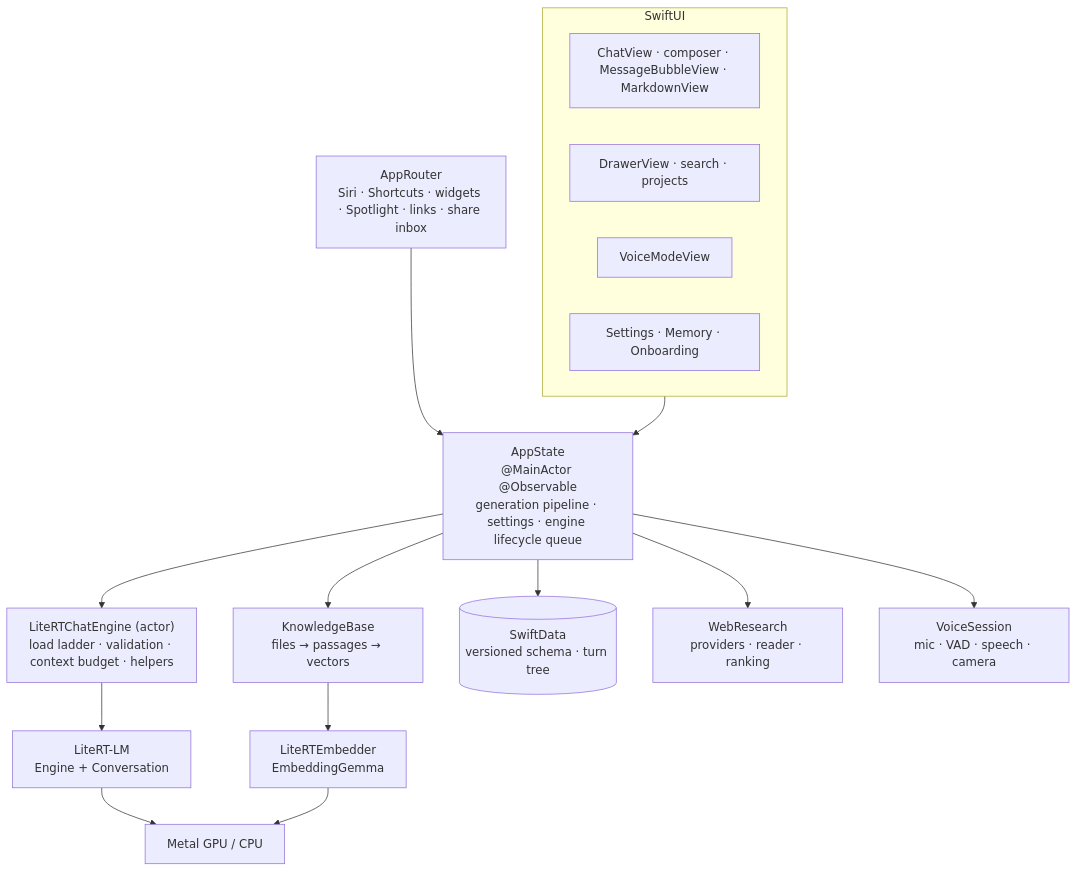
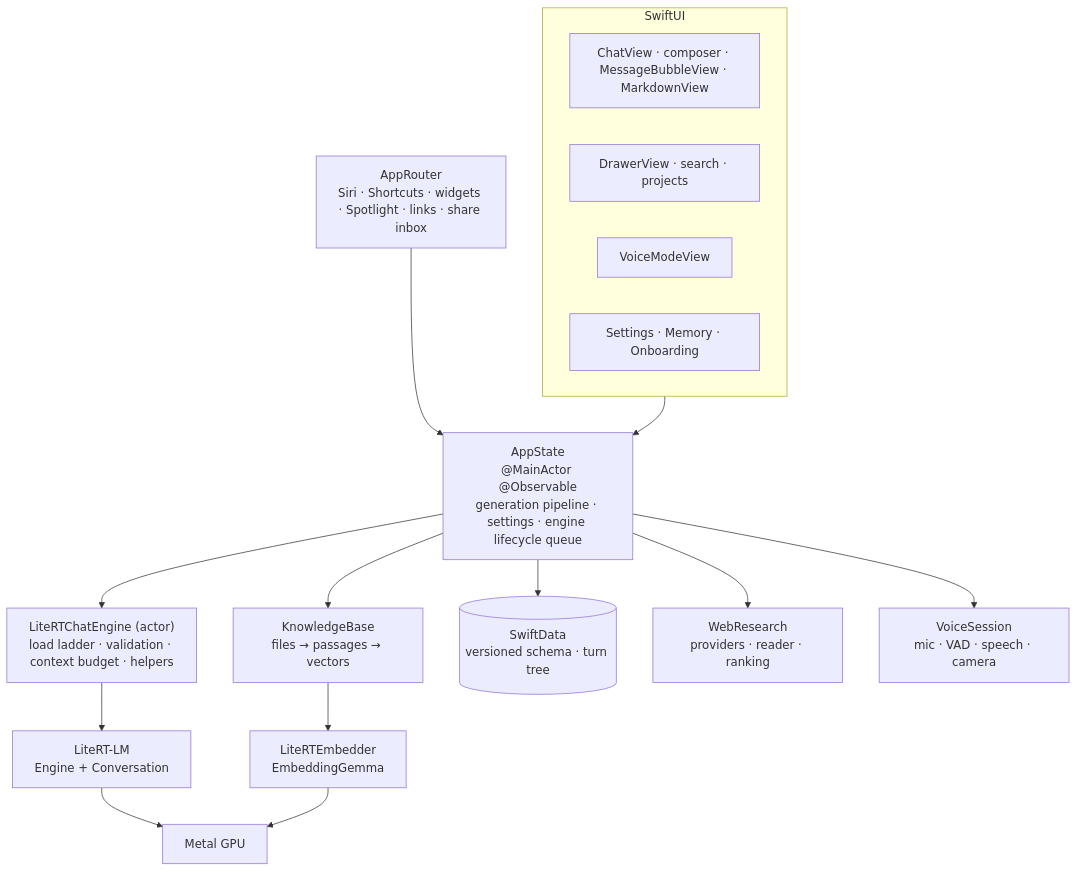
Before and after one commit to PowerBeef/Agello: the diagram in docs/ARCHITECTURE.md, drawn with Mermaid. The commit also changed other lines of this file and 45 other files, not shown here.

````diff
--- a/docs/ARCHITECTURE.md
+++ b/docs/ARCHITECTURE.md
@@ -5,25 +5,25 @@
 ```mermaid
 flowchart TB
   subgraph UI["SwiftUI"]
     Chat["ChatView · composer · MessageBubbleView · MarkdownView"]
     Drawer["DrawerView · search · projects"]
     Voice["VoiceModeView"]
     Settings["Settings · Memory · Onboarding"]
   end
 
   UI --> AppState
 
   AppState["AppState<br/>@MainActor @Observable<br/>generation pipeline · settings · engine lifecycle queue"]
 
   AppState --> Engine["LiteRTChatEngine (actor)<br/>load ladder · validation · context budget · helpers"]
   AppState --> Knowledge["KnowledgeBase<br/>files → passages → vectors"]
   AppState --> Store[("SwiftData<br/>versioned schema · turn tree")]
   AppState --> Web["WebResearch<br/>providers · reader · ranking"]
   AppState --> VoiceSession["VoiceSession<br/>mic · VAD · speech · camera"]
   Router["AppRouter<br/>Siri · Shortcuts · widgets · Spotlight · links · share inbox"] --> AppState
 
   Engine --> LiteRT["LiteRT-LM<br/>Engine + Conversation"]
   Knowledge --> Embed["LiteRTEmbedder<br/>EmbeddingGemma"]
-  LiteRT --> GPU["Metal GPU / CPU"]
+  LiteRT --> GPU["Metal GPU"]
   Embed --> GPU
 ```
````
